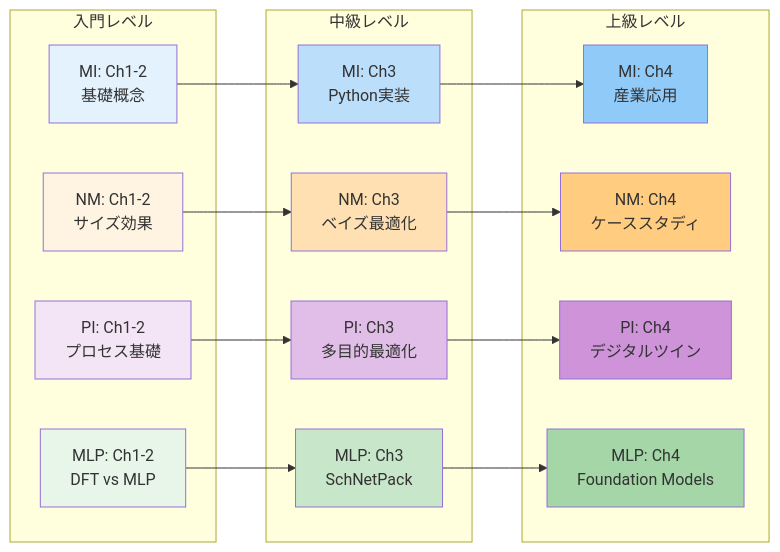
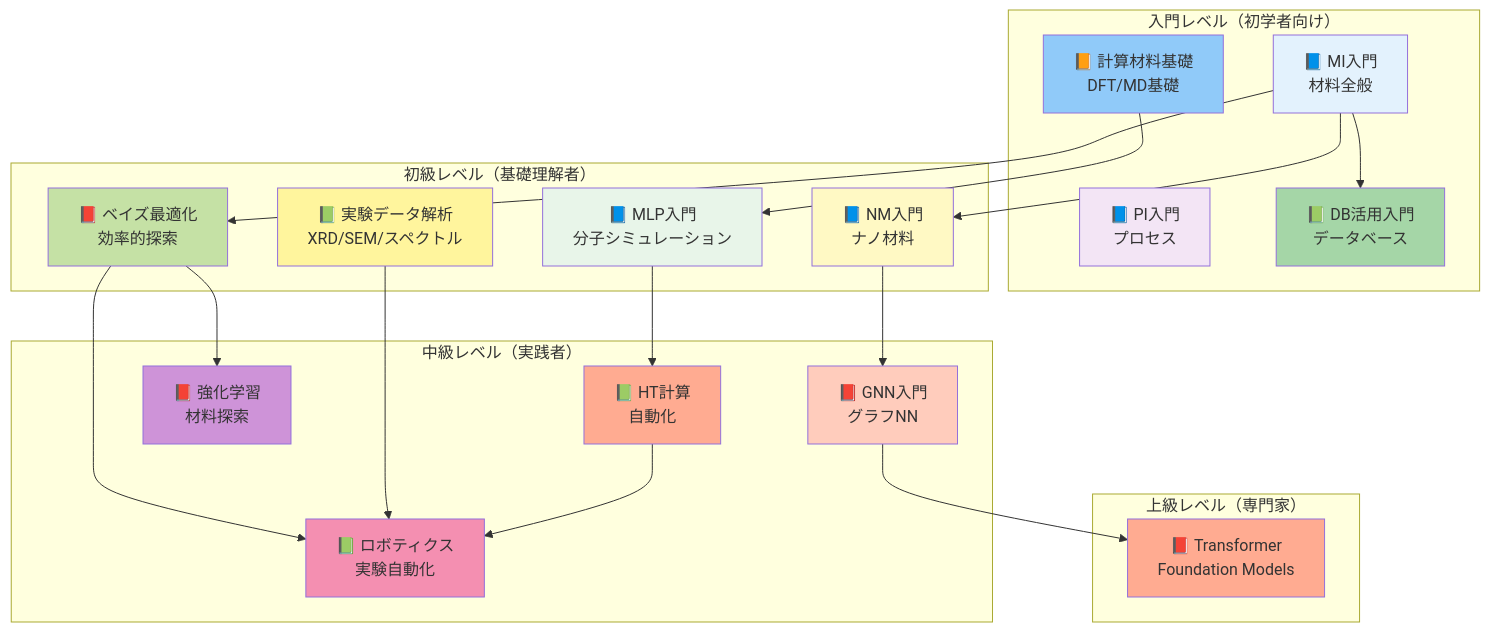
Before and after one commit to YusukeHashimotoLab/AI_Homepage: diagram 13 of 28 in wp/knowledge/jp/index.md, drawn with Mermaid. The commit also changed other lines of this file and 1 other file, not shown here.

````diff
--- a/wp/knowledge/jp/index.md
+++ b/wp/knowledge/jp/index.md
@@ -274,41 +2685,57 @@
 ```mermaid
-graph LR
-    subgraph 入門レベル
-        MI1[MI: Ch1-2<br/>基礎概念]
-        NM1[NM: Ch1-2<br/>サイズ効果]
-        PI1[PI: Ch1-2<br/>プロセス基礎]
-        MLP1[MLP: Ch1-2<br/>DFT vs MLP]
+graph TB
+    subgraph "入門レベル（初学者向け）"
+        MI[📘 MI入門<br/>材料全般]
+        PI[📘 PI入門<br/>プロセス]
+        DB[📗 DB活用入門<br/>データベース]
+        CMS[📙 計算材料基礎<br/>DFT/MD基礎]
     end
 
-    subgraph 中級レベル
-        MI2[MI: Ch3<br/>Python実装]
-        NM2[NM: Ch3<br/>ベイズ最適化]
-        PI2[PI: Ch3<br/>多目的最適化]
-        MLP2[MLP: Ch3<br/>SchNetPack]
+    subgraph "初級レベル（基礎理解者）"
+        NM[📘 NM入門<br/>ナノ材料]
+        MLP[📘 MLP入門<br/>分子シミュレーション]
+        BO[📕 ベイズ最適化<br/>効率的探索]
+        EXP[📗 実験データ解析<br/>XRD/SEM/スペクトル]
     end
 
-    subgraph 上級レベル
-        MI3[MI: Ch4<br/>産業応用]
-        NM3[NM: Ch4<br/>ケーススタディ]
-        PI3[PI: Ch4<br/>デジタルツイン]
-        MLP3[MLP: Ch4<br/>Foundation Models]
+    subgraph "中級レベル（実践者）"
+        GNN[📕 GNN入門<br/>グラフNN]
+        RL[📕 強化学習<br/>材料探索]
+        HT[📗 HT計算<br/>自動化]
+        ROB[📗 ロボティクス<br/>実験自動化]
     end
 
-    MI1 --> MI2 --> MI3
-    NM1 --> NM2 --> NM3
-    PI1 --> PI2 --> PI3
-    MLP1 --> MLP2 --> MLP3
+    subgraph "上級レベル（専門家）"
+        TF[📕 Transformer<br/>Foundation Models]
+    end
 
-    style MI1 fill:#e3f2fd
-    style MI2 fill:#bbdefb
-    style MI3 fill:#90caf9
-    style NM1 fill:#fff4e1
-    style NM2 fill:#ffe0b2
-    style NM3 fill:#ffcc80
-    style PI1 fill:#f3e5f5
-    style PI2 fill:#e1bee7
-    style PI3 fill:#ce93d8
-    style MLP1 fill:#e8f5e9
-    style MLP2 fill:#c8e6c9
-    style MLP3 fill:#a5d6a7
+    MI --> NM
+    MI --> BO
+    MI --> DB
+
+    NM --> GNN
+    BO --> ROB
+
+    MLP --> HT
+    CMS --> MLP
+
+    GNN --> TF
+    BO --> RL
+
+    EXP --> ROB
+    HT --> ROB
+
+    style MI fill:#e3f2fd
+    style NM fill:#fff9c4
+    style PI fill:#f3e5f5
+    style MLP fill:#e8f5e9
+    style GNN fill:#ffccbc
+    style BO fill:#c5e1a5
+    style TF fill:#ffab91
+    style RL fill:#ce93d8
+    style DB fill:#a5d6a7
+    style EXP fill:#fff59d
+    style HT fill:#ffab91
+    style ROB fill:#f48fb1
+    style CMS fill:#90caf9
 ```
````
